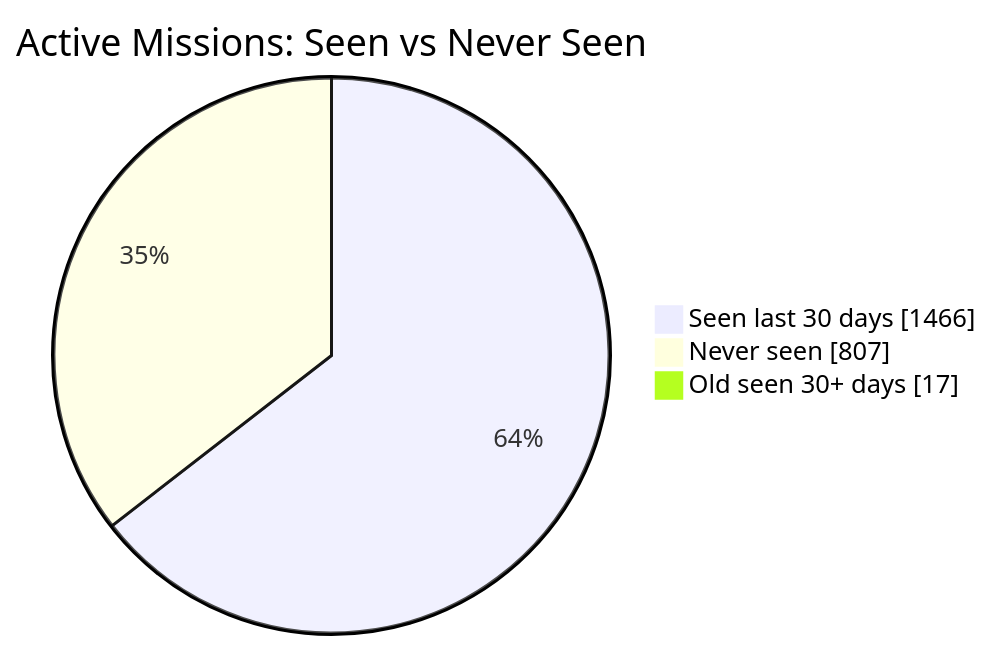
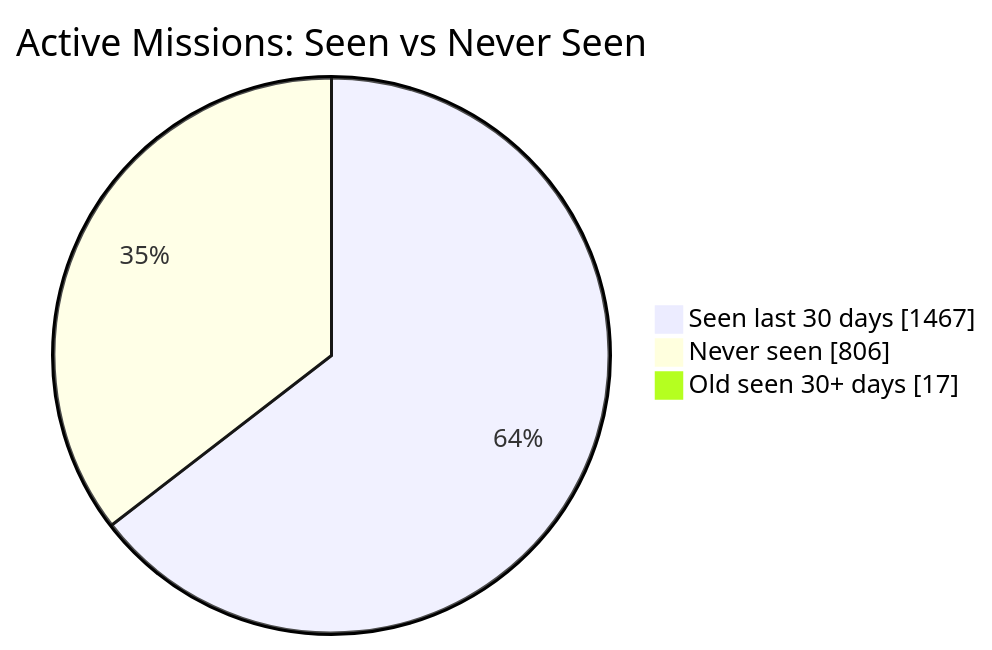
One commit to MeldkamerspelGameTeam/active-missions changed the first of 2 diagrams in README.md. Above: the diagram before and after it, drawn with Mermaid. The commit also changed other lines of this file and 3 other files, not shown here.

````diff
--- a/README.md
+++ b/README.md
@@ -34,7 +34,7 @@
 ```mermaid
 pie showData
     title Active Missions: Seen vs Never Seen
-    "Seen last 30 days" : 1466
-    "Never seen" : 807
+    "Seen last 30 days" : 1467
+    "Never seen" : 806
     "Old seen 30+ days" : 17
 ```
````
